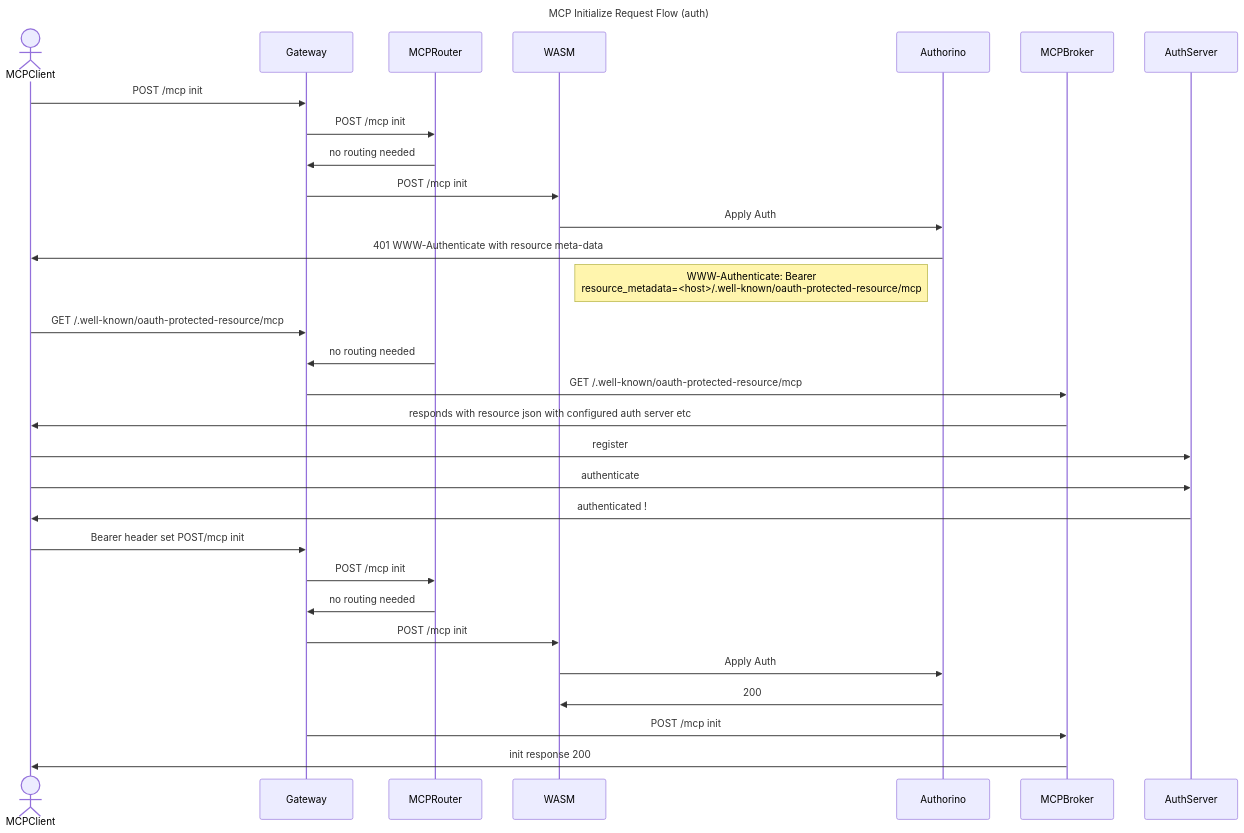
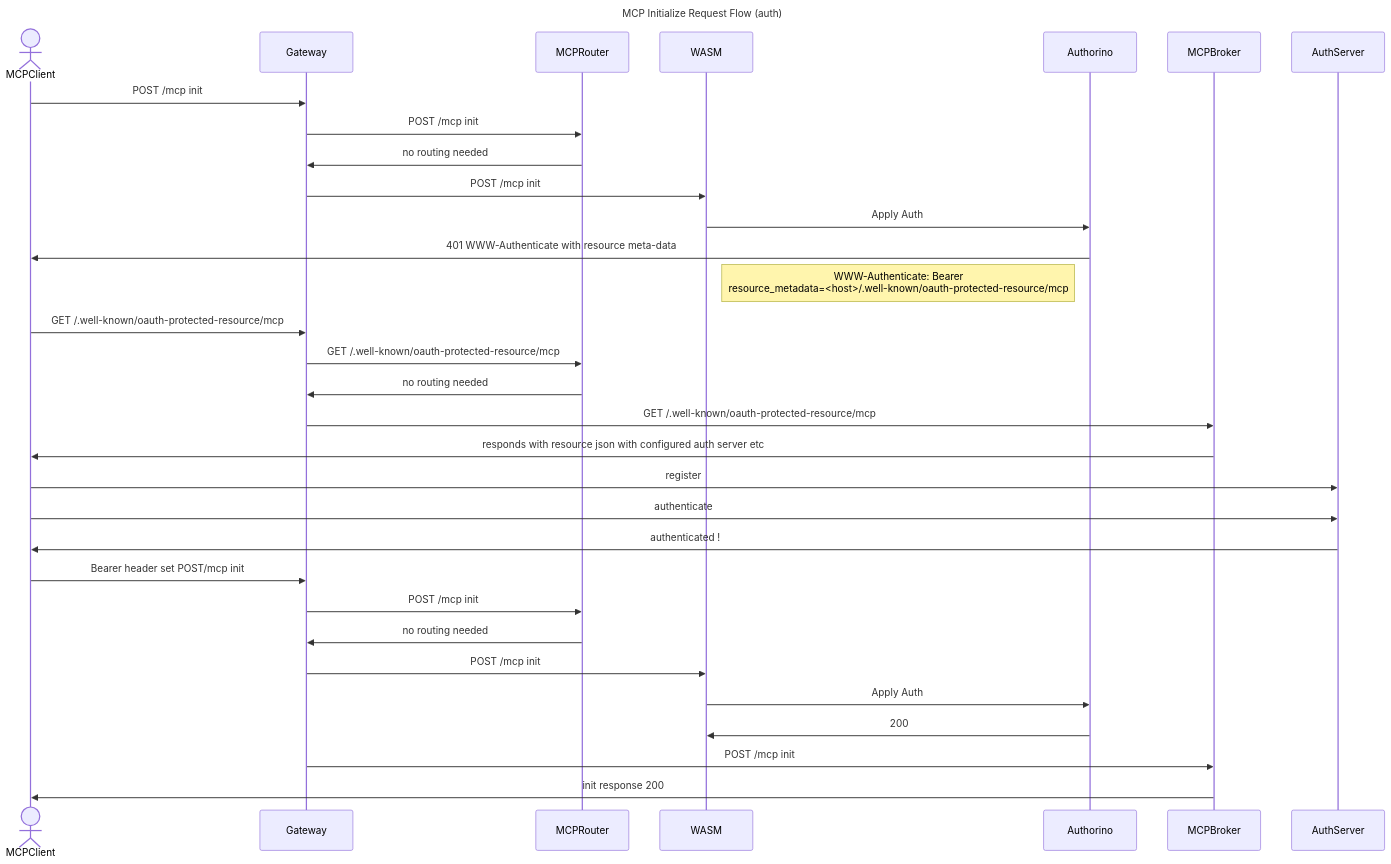
One commit to esnible/mcp-gateway changed the sixth of 7 diagrams in docs/design/flows.md. Above: the diagram before and after it, drawn with Mermaid. The commit also changed other lines of this file, not shown here.

Commit message:
Fixup wording and flow

````diff
--- a/docs/design/flows.md
+++ b/docs/design/flows.md
@@ -145,27 +145,28 @@
 ```mermaid
 sequenceDiagram
         title MCP Initialize Request Flow (auth)
         actor MCPClient
         MCPClient->>Gateway: POST /mcp init
         Gateway->>MCPRouter: POST /mcp init
         MCPRouter->>Gateway: no routing needed
         Gateway->>WASM: POST /mcp init
         WASM->>Authorino: Apply Auth
         Authorino->>MCPClient: 401 WWW-Authenticate with resource meta-data
         note left of Authorino: WWW-Authenticate: Bearer <br/> resource_metadata=<host>/.well-known/oauth-protected-resource/mcp
         MCPClient->>Gateway: GET /.well-known/oauth-protected-resource/mcp
+        Gateway->>MCPRouter: GET /.well-known/oauth-protected-resource/mcp
         MCPRouter->>Gateway: no routing needed
         Gateway->>MCPBroker: GET /.well-known/oauth-protected-resource/mcp
         MCPBroker->>MCPClient: responds with resource json with configured auth server etc
         MCPClient->>AuthServer: register
         MCPClient->>AuthServer: authenticate
         AuthServer->>MCPClient: authenticated !
         MCPClient->>Gateway: Bearer header set POST/mcp init
         Gateway->>MCPRouter: POST /mcp init
         MCPRouter->>Gateway: no routing needed
         Gateway->>WASM: POST /mcp init
         WASM->>Authorino: Apply Auth
         Authorino->>WASM: 200
         Gateway->>MCPBroker: POST /mcp init
         MCPBroker->>MCPClient: init response 200
 ```
````
